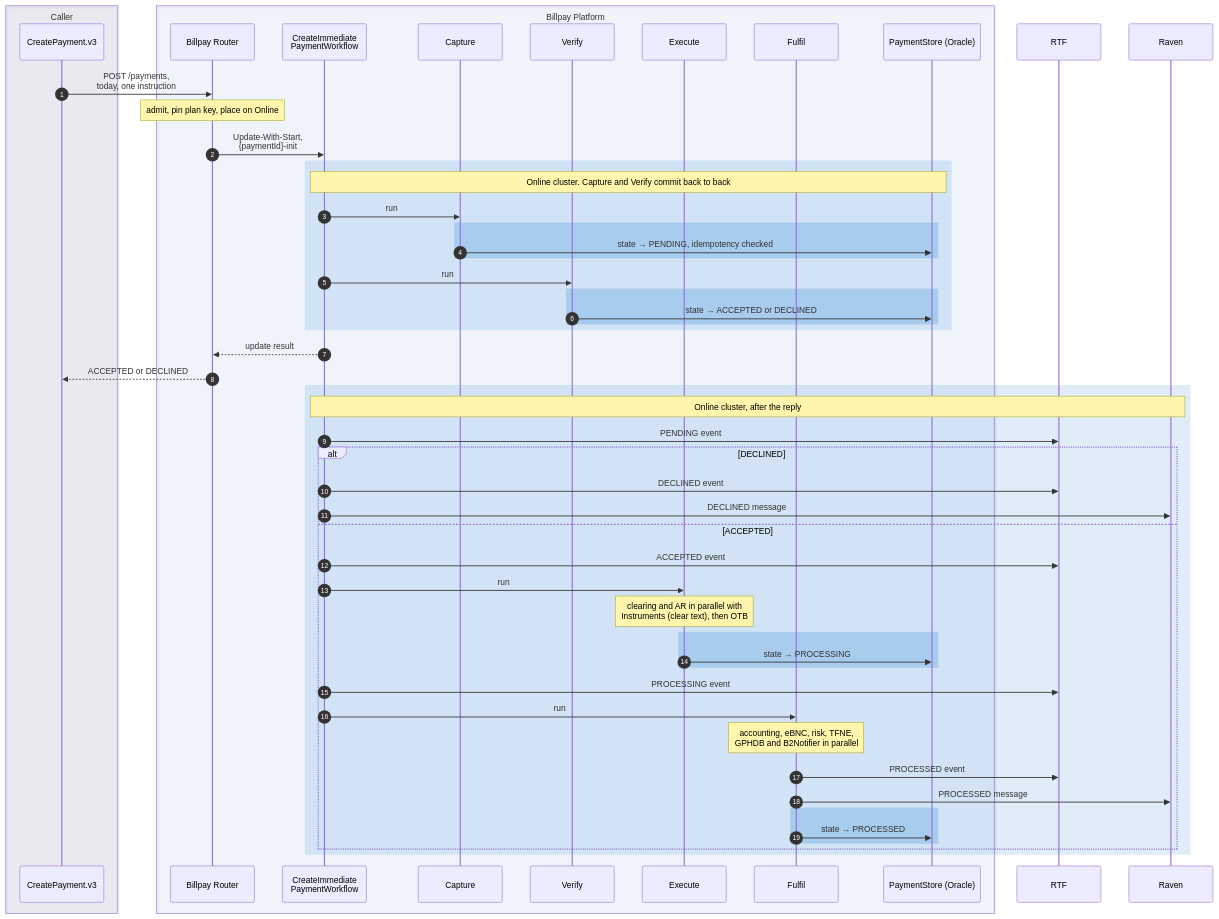
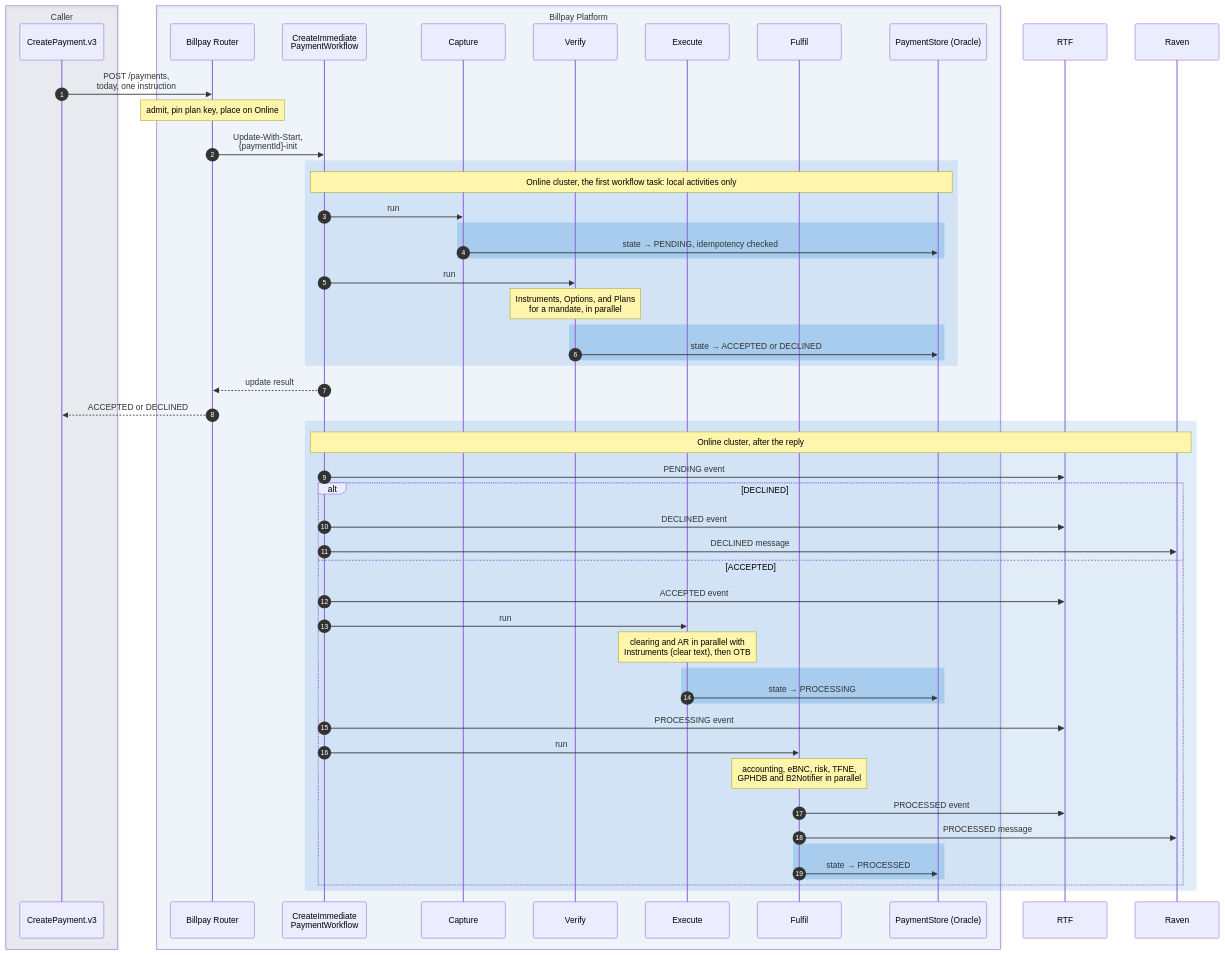
The first of 15 diagrams in website/docs/design/sequence-diagrams.md (arunav-bhattacharya/billpay-book), drawn with Mermaid before and after one commit. The commit also changed other lines of this file and 34 other files, not shown here.

First line of the commit message:
Payment intent workflow, early return with local activities, request as start input

````diff
--- a/website/docs/design/sequence-diagrams.md
+++ b/website/docs/design/sequence-diagrams.md
@@ -30,69 +30,70 @@
 ```mermaid
 ---
 config:
   fontFamily: "BentonSansUI, Helvetica, Arial, sans-serif"
   fontSize: 15
 ---
 sequenceDiagram
   autonumber
 
   box rgba(0,23,90,0.07) Caller
     participant OD as CreatePayment.v3
   end
 
   box rgba(0,111,207,0.05) Billpay Platform
     participant R as Billpay Router
     participant WF as CreateImmediate<br/>PaymentWorkflow
     participant CAP as Capture
     participant VER as Verify
     participant EXE as Execute
     participant FUL as Fulfil
     participant PS as PaymentStore (Oracle)
   end
 
   participant RTF
   participant RAV as Raven
 
   OD->>R: POST /payments,<br/>today, one instruction
   Note over R: admit, pin plan key, place on Online
   R->>WF: Update-With-Start,<br/>{paymentId}-init
 
   rect rgba(0,111,207,0.12)
-    Note over WF,PS: Online cluster. Capture and Verify commit back to back
+    Note over WF,PS: Online cluster, the first workflow task: local activities only
     WF->>CAP: run
     rect rgba(102,169,226,0.40)
       CAP->>PS: state → PENDING, idempotency checked
     end
     WF->>VER: run
+    Note over VER: Instruments, Options, and Plans<br/>for a mandate, in parallel
     rect rgba(102,169,226,0.40)
       VER->>PS: state → ACCEPTED or DECLINED
     end
   end
 
   WF-->>R: update result
   R-->>OD: ACCEPTED or DECLINED
 
   rect rgba(0,111,207,0.12)
     Note over WF,RAV: Online cluster, after the reply
     WF->>RTF: PENDING event
     alt DECLINED
       WF->>RTF: DECLINED event
       WF->>RAV: DECLINED message
     else ACCEPTED
       WF->>RTF: ACCEPTED event
       WF->>EXE: run
       Note over EXE: clearing and AR in parallel with<br/>Instruments (clear text), then OTB
       rect rgba(102,169,226,0.40)
         EXE->>PS: state → PROCESSING
       end
       WF->>RTF: PROCESSING event
       WF->>FUL: run
       Note over FUL: accounting, eBNC, risk, TFNE,<br/>GPHDB and B2Notifier in parallel
       FUL->>RTF: PROCESSED event
       FUL->>RAV: PROCESSED message
       rect rgba(102,169,226,0.40)
         FUL->>PS: state → PROCESSED
       end
     end
   end
 ```
````
